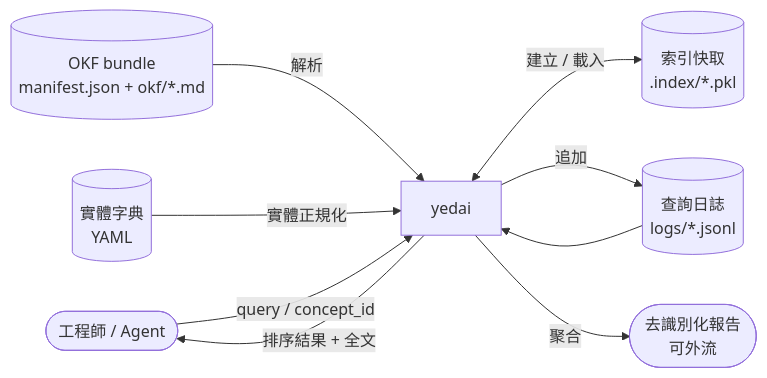
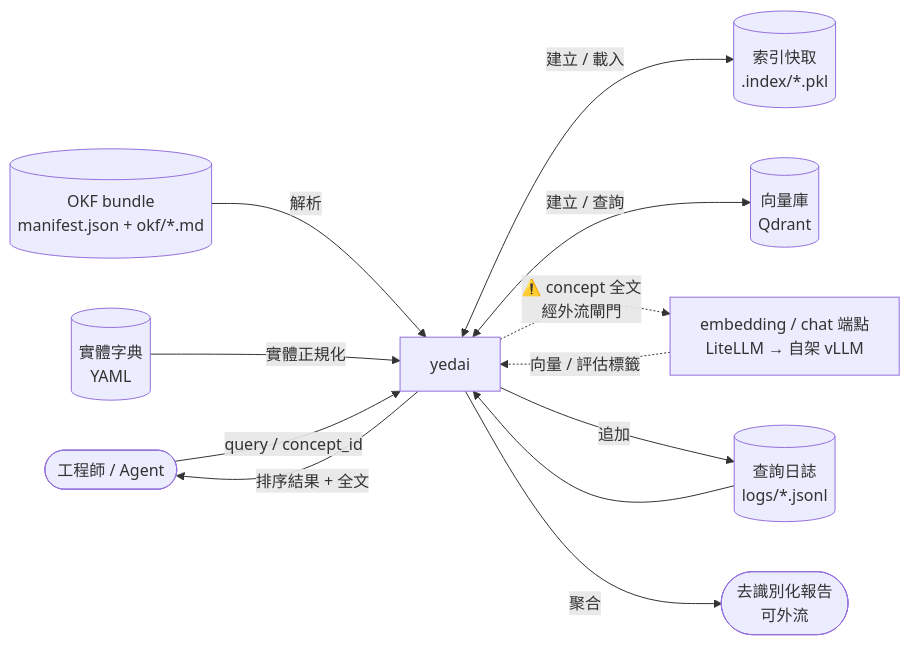
Before and after one commit to yiting-tom/YEDAI: the first of 9 diagrams in docs/data-flow.md, drawn with Mermaid. The commit also changed other lines of this file and 9 other files, not shown here.

````diff
--- a/docs/data-flow.md
+++ b/docs/data-flow.md
@@ -13,19 +13,24 @@
 ```mermaid
 flowchart LR
   ENG(["工程師 / Agent"])
   OKF[("OKF bundle<br/>manifest.json + okf/*.md")]
   DICT[("實體字典<br/>YAML")]
   SYS["yedai"]
   IDX[("索引快取<br/>.index/*.pkl")]
+  VEC[("向量庫<br/>Qdrant")]
   LOG[("查詢日誌<br/>logs/*.jsonl")]
   RPT(["去識別化報告<br/>可外流"])
+  EP["embedding / chat 端點<br/>LiteLLM → 自架 vLLM"]
 
   OKF -->|解析| SYS
   DICT -->|實體正規化| SYS
   SYS <-->|"建立 / 載入"| IDX
+  SYS <-->|"建立 / 查詢"| VEC
+  SYS -.->|"⚠️ concept 全文<br/>經外流閘門"| EP
+  EP -.->|"向量 / 評估標籤"| SYS
   ENG -->|"query / concept_id"| SYS
   SYS -->|"排序結果 + 全文"| ENG
   SYS -->|追加| LOG
   LOG --> SYS
   SYS -->|聚合| RPT
 ```
````
